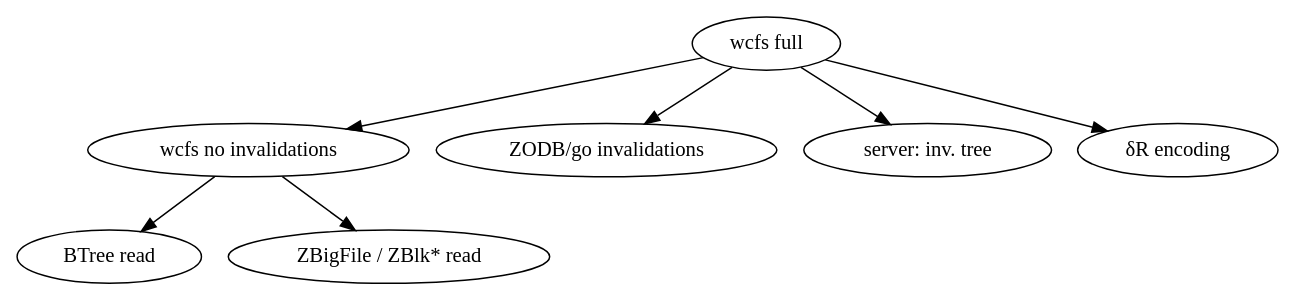
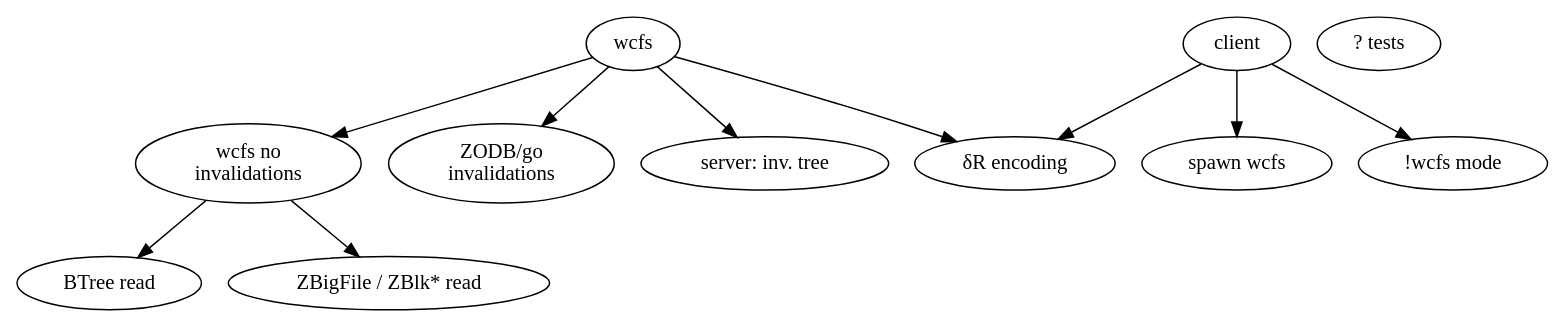
The diagram in go/wcfs/todo.dot (Nexedi/neoppod), drawn with Graphviz before and after one commit. The commit also changed 1 other file, not shown here.

```diff
--- a/go/wcfs/todo.dot
+++ b/go/wcfs/todo.dot
@@ -1,19 +1,28 @@
 digraph {
 	wcfs		-> wcfs_simple;
 	wcfs		-> ZODB_go_inv;
 	wcfs		-> Sinvtree;
 	wcfs		-> δR;
 
 	wcfs_simple	-> Btree_read;
 	wcfs_simple	-> ZBlk_read;
 
+	client		-> wcfs_spawn;
+	client		-> δR;
+	client		-> nowcfs;
 
-	wcfs		[label="wcfs full"]
-	wcfs_simple	[label="wcfs no invalidations"]
 
-	ZODB_go_inv	[label="ZODB/go invalidations"]
+	wcfs		[label="wcfs"]
+	wcfs_simple	[label="wcfs no\ninvalidations"]
+	client		[label="client"]
+	wcfs_spawn	[label="spawn wcfs"]
+	nowcfs		[label="!wcfs mode"]
+
+	ZODB_go_inv	[label="ZODB/go\ninvalidations"]
 	Btree_read	[label="BTree read"]
 	ZBlk_read	[label="ZBigFile / ZBlk* read"]
 	Sinvtree	[label="server: inv. tree"]
 	δR		[label="δR encoding"]
+
+	test		[label="? tests"]
 }
```
